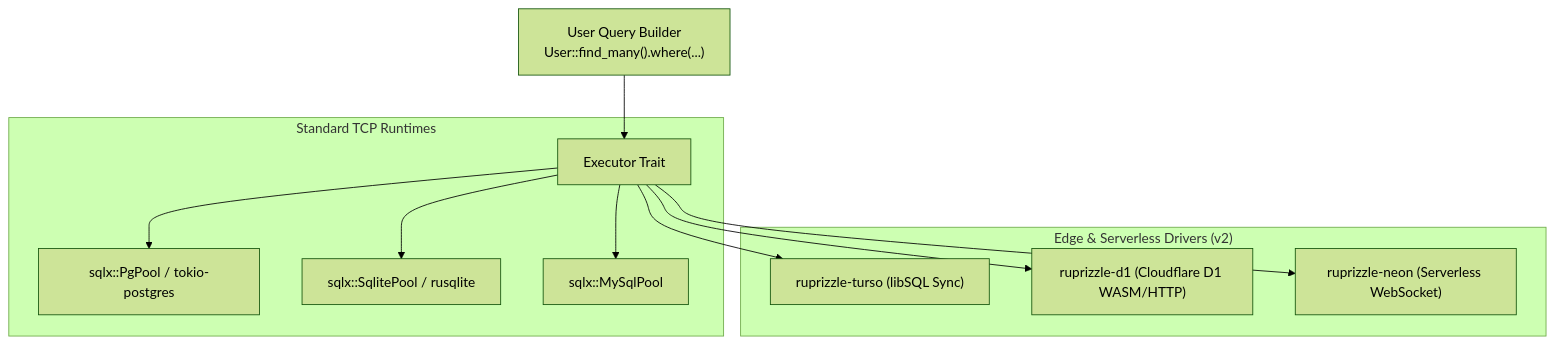
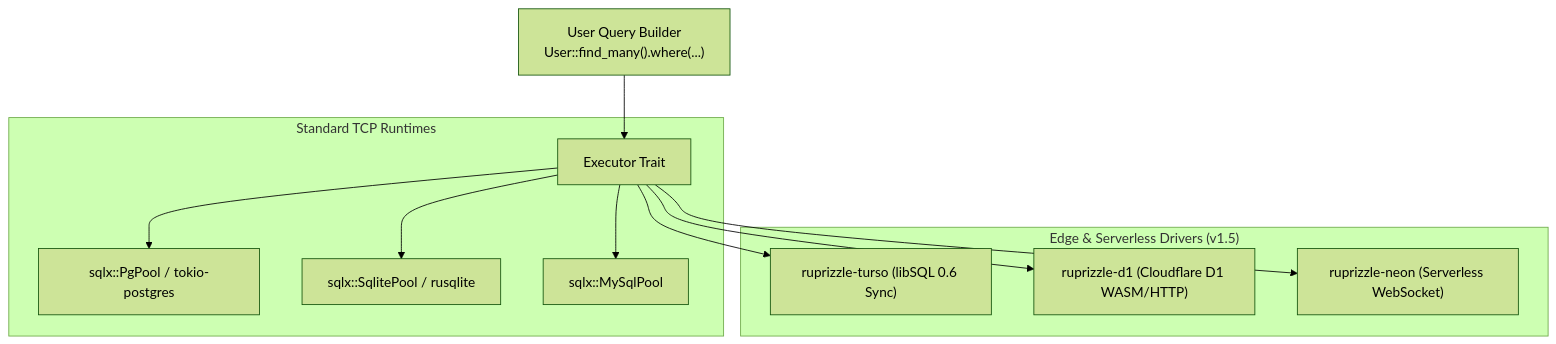
Before and after one commit to vaibhavgupta9877/ruprizzle-orm: the diagram in ProjectPlan/v2/08_EdgeAndServerlessAdaptersPlan.md, drawn with Mermaid (forest theme). The commit also changed other lines of this file and 10 other files, not shown here.

````diff
--- a/ProjectPlan/v2/08_EdgeAndServerlessAdaptersPlan.md
+++ b/ProjectPlan/v2/08_EdgeAndServerlessAdaptersPlan.md
@@ -25,16 +26,16 @@
 ```mermaid
 graph TD
     UserQuery["User Query Builder<br/>User::find_many().where(...)"] --> Executor["Executor Trait"]
 
     subgraph "Standard TCP Runtimes"
         Executor --> PgPool["sqlx::PgPool / tokio-postgres"]
         Executor --> SqlitePool["sqlx::SqlitePool / rusqlite"]
         Executor --> MySqlPool["sqlx::MySqlPool"]
     end
 
-    subgraph "Edge & Serverless Drivers (v2)"
-        Executor --> TursoAdapter["ruprizzle-turso (libSQL Sync)"]
+    subgraph "Edge & Serverless Drivers (v1.5)"
+        Executor --> TursoAdapter["ruprizzle-turso (libSQL 0.6 Sync)"]
         Executor --> D1Adapter["ruprizzle-d1 (Cloudflare D1 WASM/HTTP)"]
         Executor --> NeonAdapter["ruprizzle-neon (Serverless WebSocket)"]
     end
 ```
````
